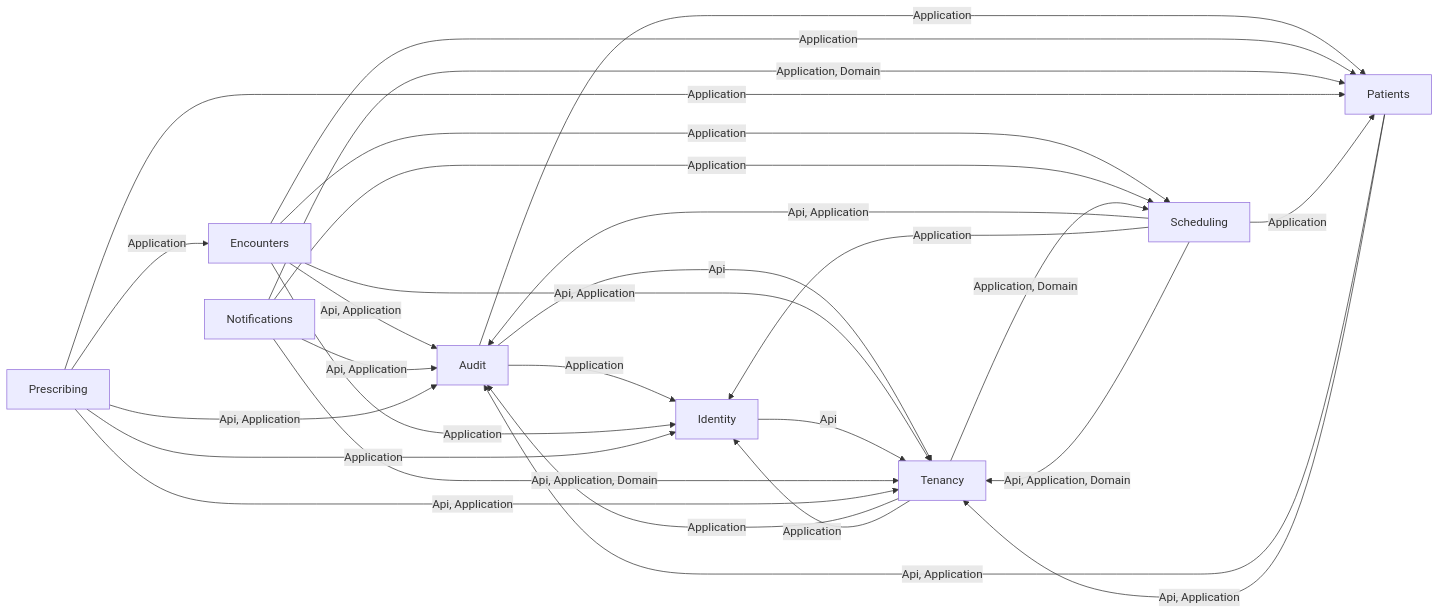
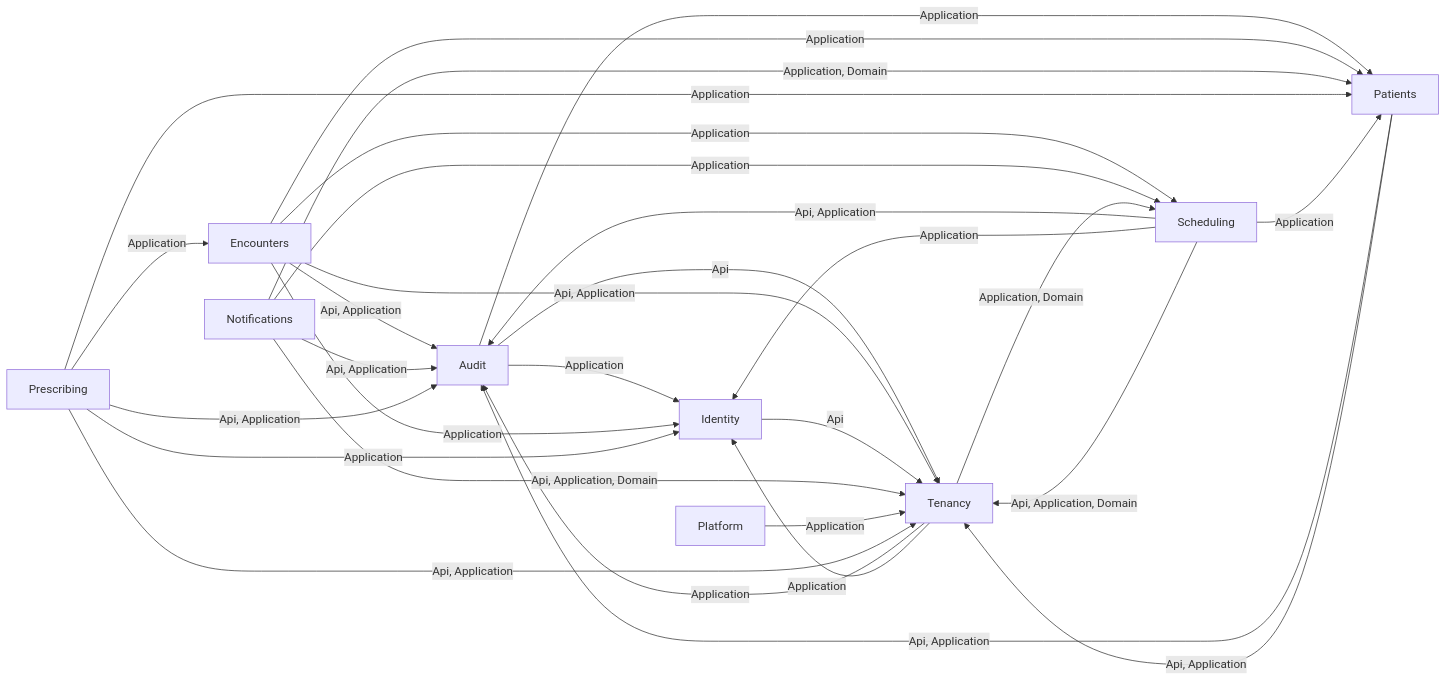
The second of 14 diagrams in docs/03-architecture/erd.md (ALFRED-LUCIFER/medvya), drawn with Mermaid before and after one commit. The commit also changed 44 other files, not shown here.

````diff
--- a/docs/03-architecture/erd.md
+++ b/docs/03-architecture/erd.md
@@ -56,30 +56,31 @@
 ```mermaid
 flowchart LR
   Audit -->|"Application"| Identity
   Audit -->|"Application"| Patients
   Audit -->|"Api"| Tenancy
   Encounters -->|"Api, Application"| Audit
   Encounters -->|"Application"| Identity
   Encounters -->|"Application"| Patients
   Encounters -->|"Application"| Scheduling
   Encounters -->|"Api, Application"| Tenancy
   Identity -->|"Api"| Tenancy
   Notifications -->|"Api, Application"| Audit
   Notifications -->|"Application, Domain"| Patients
   Notifications -->|"Application"| Scheduling
   Notifications -->|"Api, Application, Domain"| Tenancy
   Patients -->|"Api, Application"| Audit
   Patients -->|"Api, Application"| Tenancy
+  Platform -->|"Application"| Tenancy
   Prescribing -->|"Api, Application"| Audit
   Prescribing -->|"Application"| Encounters
   Prescribing -->|"Application"| Identity
   Prescribing -->|"Application"| Patients
   Prescribing -->|"Api, Application"| Tenancy
   Scheduling -->|"Api, Application"| Audit
   Scheduling -->|"Application"| Identity
   Scheduling -->|"Application"| Patients
   Scheduling -->|"Api, Application, Domain"| Tenancy
   Tenancy -->|"Application"| Audit
   Tenancy -->|"Application"| Identity
   Tenancy -->|"Application, Domain"| Scheduling
 ```
````
